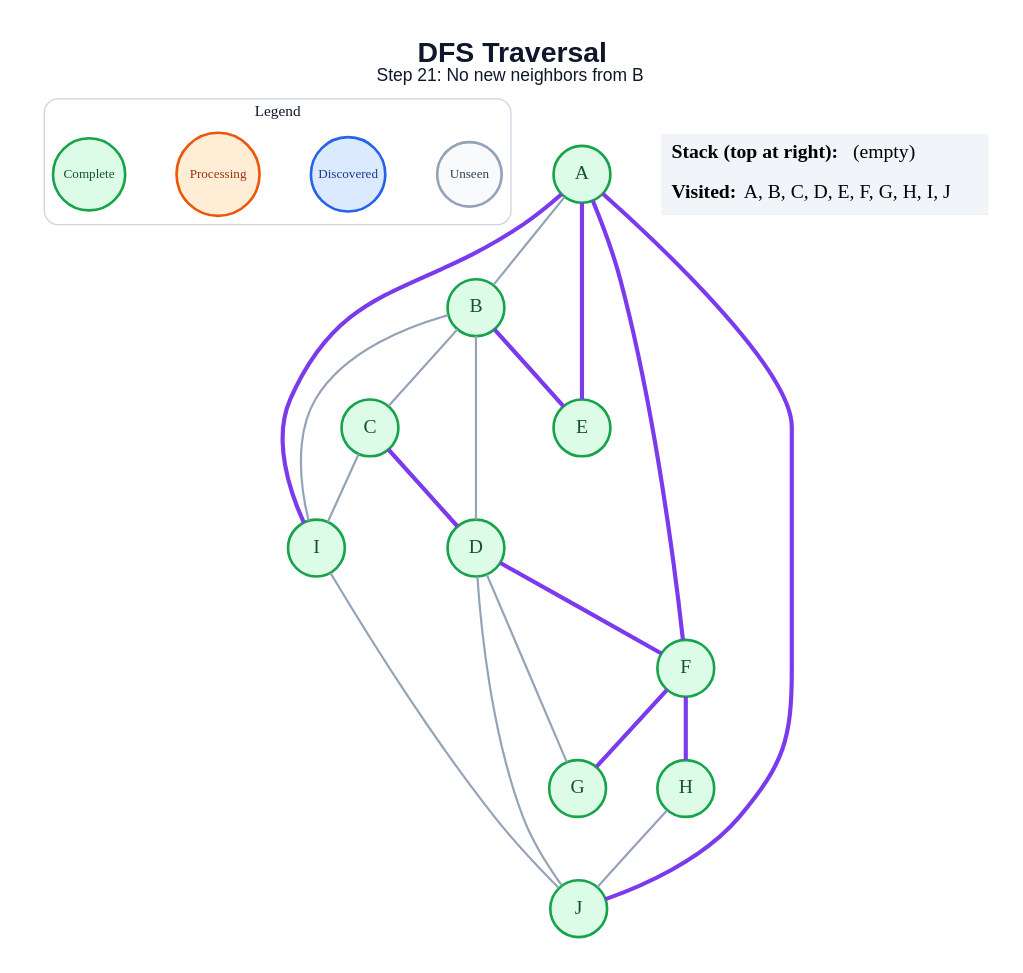
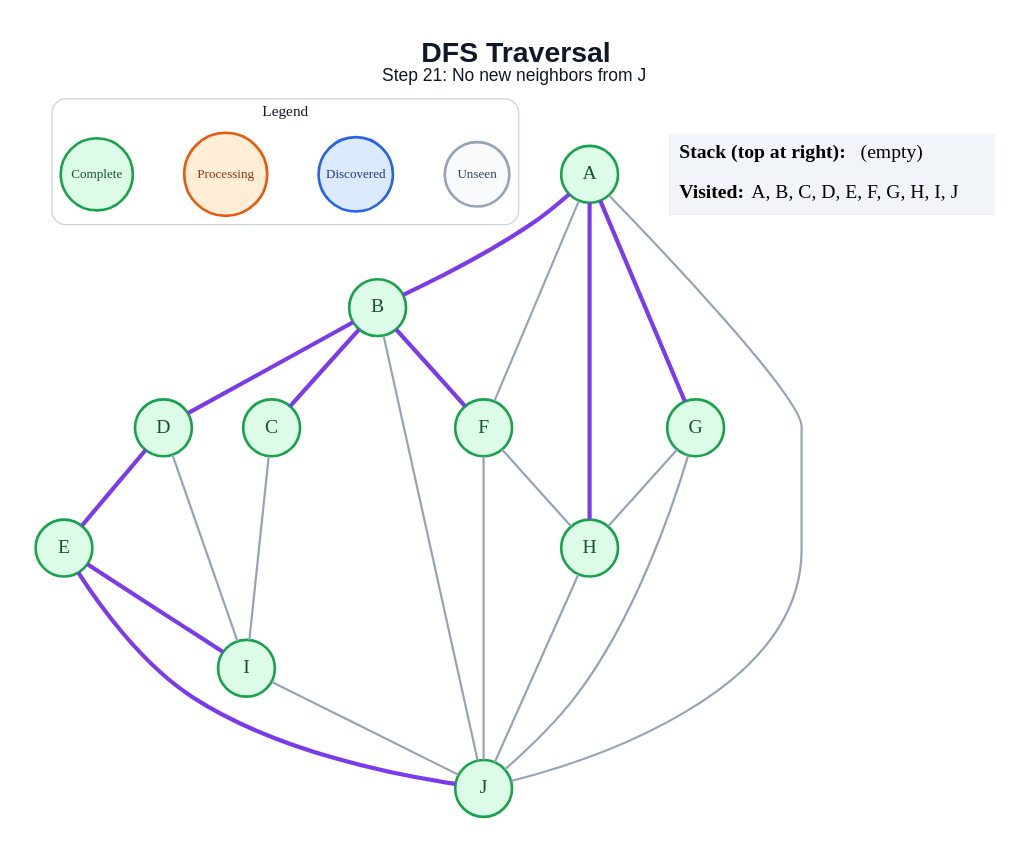
Before and after one commit to anon7238593-create/ai-slop: the diagram in generated/specific-node/dfs/step_21.dot, drawn with Graphviz. The commit also changed 178 other files, not shown here.

```diff
--- a/generated/specific-node/dfs/step_21.dot
+++ b/generated/specific-node/dfs/step_21.dot
@@ -1,47 +1,49 @@
 graph traversal {
   graph [layout=dot, rankdir=TB, bgcolor="#FFFFFF", pad="0.35", nodesep="0.65", ranksep="0.8", fontname="Arial"];
   node [shape=circle, style="filled", fontname="Arial Bold", fontsize=18, width=0.72, fixedsize=true, penwidth=2.4];
   edge [color="#94A3B8", penwidth=2.0];
-  label=<<B>DFS Traversal</B><BR/><FONT POINT-SIZE="16">Step 21: No new neighbors from B</FONT>>; labelloc="t"; fontsize=26; fontname="Arial"; fontcolor="#0F172A";
+  label=<<B>DFS Traversal</B><BR/><FONT POINT-SIZE="16">Step 21: No new neighbors from J</FONT>>; labelloc="t"; fontsize=26; fontname="Arial"; fontcolor="#0F172A";
   subgraph cluster_legend { label="Legend"; color="#CBD5E1"; penwidth=1.2; style="rounded"; fontsize=14; fontname="Arial Bold";
     key_unseen [label="Unseen", fillcolor="#F8FAFC", color="#94A3B8", fontcolor="#334155", fontsize=12, width=0.82];
     key_frontier [label="Discovered", fillcolor="#DBEAFE", color="#2563EB", fontcolor="#1E3A8A", fontsize=12, width=0.95];
     key_current [label="Processing", fillcolor="#FFEDD5", color="#EA580C", fontcolor="#9A3412", fontsize=12, width=1.05];
     key_done [label="Complete", fillcolor="#DCFCE7", color="#16A34A", fontcolor="#14532D", fontsize=12, width=0.92];
     { rank=same; key_unseen; key_frontier; key_current; key_done; }
   }
   A [fillcolor="#DCFCE7", color="#16A34A", fontcolor="#14532D"];
   B [fillcolor="#DCFCE7", color="#16A34A", fontcolor="#14532D"];
   C [fillcolor="#DCFCE7", color="#16A34A", fontcolor="#14532D"];
   D [fillcolor="#DCFCE7", color="#16A34A", fontcolor="#14532D"];
   E [fillcolor="#DCFCE7", color="#16A34A", fontcolor="#14532D"];
   F [fillcolor="#DCFCE7", color="#16A34A", fontcolor="#14532D"];
   G [fillcolor="#DCFCE7", color="#16A34A", fontcolor="#14532D"];
   H [fillcolor="#DCFCE7", color="#16A34A", fontcolor="#14532D"];
   I [fillcolor="#DCFCE7", color="#16A34A", fontcolor="#14532D"];
   J [fillcolor="#DCFCE7", color="#16A34A", fontcolor="#14532D"];
-  A -- B;
-  A -- E [color="#7C3AED", penwidth=3.8];
-  A -- F [color="#7C3AED", penwidth=3.8];
-  A -- I [color="#7C3AED", penwidth=3.8];
-  A -- J [color="#7C3AED", penwidth=3.8];
-  B -- C;
-  B -- D;
-  B -- E [color="#7C3AED", penwidth=3.8];
-  B -- I;
-  C -- D [color="#7C3AED", penwidth=3.8];
+  A -- B [color="#7C3AED", penwidth=3.8];
+  A -- F;
+  A -- G [color="#7C3AED", penwidth=3.8];
+  A -- H [color="#7C3AED", penwidth=3.8];
+  A -- J;
+  B -- C [color="#7C3AED", penwidth=3.8];
+  B -- D [color="#7C3AED", penwidth=3.8];
+  B -- F [color="#7C3AED", penwidth=3.8];
+  B -- J;
   C -- I;
-  D -- F [color="#7C3AED", penwidth=3.8];
-  D -- G;
-  D -- J;
-  F -- G [color="#7C3AED", penwidth=3.8];
-  F -- H [color="#7C3AED", penwidth=3.8];
+  D -- E [color="#7C3AED", penwidth=3.8];
+  D -- I;
+  E -- I [color="#7C3AED", penwidth=3.8];
+  E -- J [color="#7C3AED", penwidth=3.8];
+  F -- H;
+  F -- J;
+  G -- H;
+  G -- J;
   H -- J;
   I -- J;
   status [shape=plain, fixedsize=false, width=0, height=0, margin=0, label=<
     <TABLE BORDER="0" CELLBORDER="0" CELLPADDING="7" BGCOLOR="#F1F5F9">
       <TR><TD ALIGN="LEFT"><B>Stack (top at right):</B> (empty)</TD></TR>
       <TR><TD ALIGN="LEFT"><B>Visited:</B> A, B, C, D, E, F, G, H, I, J</TD></TR>
     </TABLE>
   >];
 }
```
